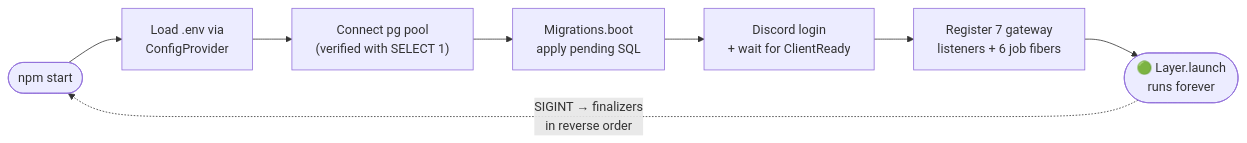
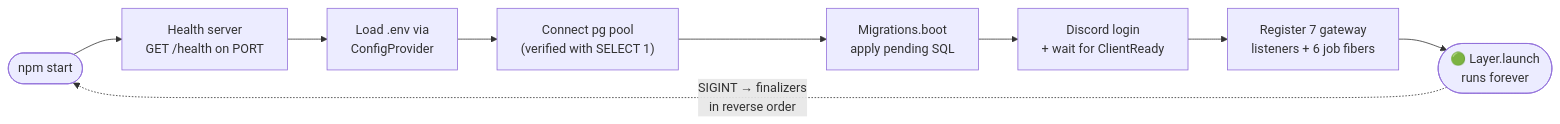
The third of 3 diagrams in README.md (laplazadevs/plazero), drawn with Mermaid before and after one commit. The commit also changed other lines of this file and 20 other files, not shown here.

````diff
--- a/README.md
+++ b/README.md
@@ -125,10 +125,11 @@
 ```mermaid
 flowchart LR
-    A(["npm start"]) --> B["Load .env via<br/>ConfigProvider"]
+    A(["npm start"]) --> H["Health server<br/>GET /health on PORT"]
+    H --> B["Load .env via<br/>ConfigProvider"]
     B --> C["Connect pg pool<br/>(verified with SELECT 1)"]
     C --> D["Migrations.boot<br/>apply pending SQL"]
     D --> E["Discord login<br/>+ wait for ClientReady"]
     E --> F["Register 7 gateway<br/>listeners + 6 job fibers"]
     F --> G(["🟢 Layer.launch<br/>runs forever"])
     G -. "SIGINT → finalizers<br/>in reverse order" .-> A
 ```
````
